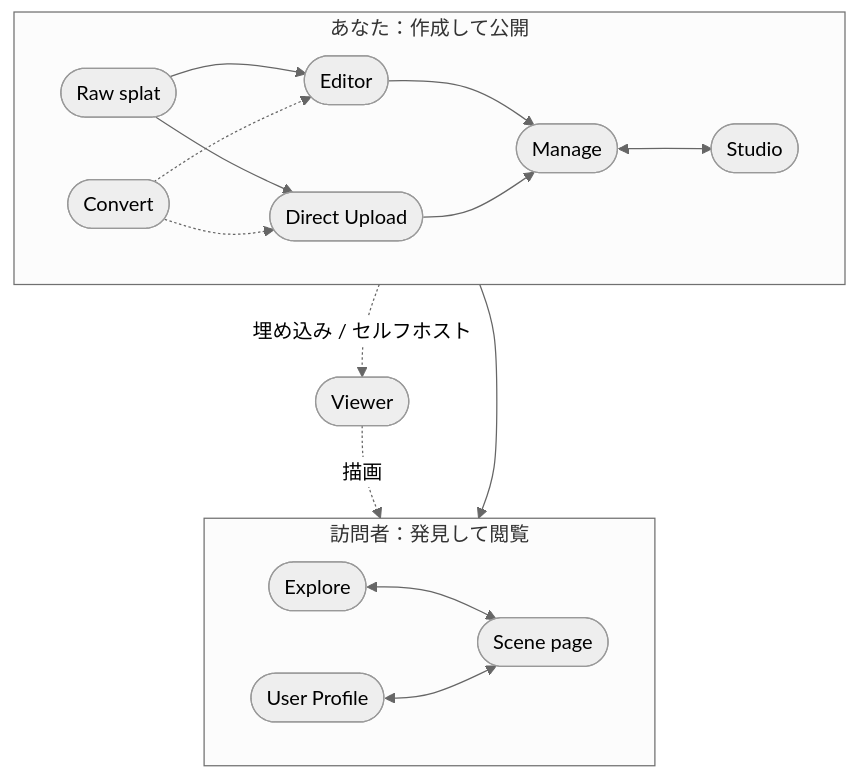
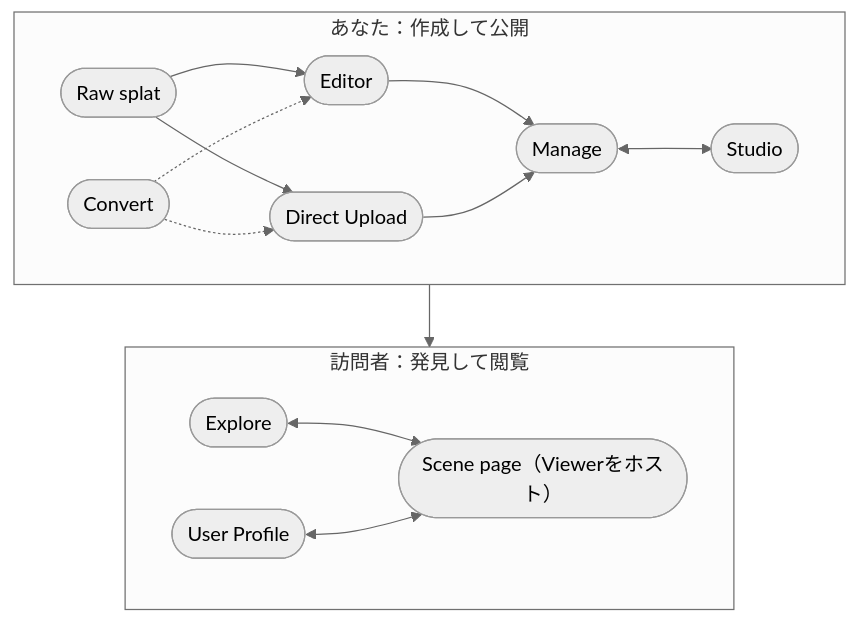
One commit to playcanvas/developer-site changed the diagram in i18n/ja/docusaurus-plugin-content-docs/current/user-manual/supersplat/index.md. Above: the diagram before and after it, drawn with Mermaid (neutral theme). The commit also changed 1 other file, not shown here.

Commit message:
Simplify: fold Viewer into the Scene page node
Replace the separate Viewer node and its powers/embed edges with a
"Scene page (hosts Viewer)" label. Embed/self-host remains covered in the
platform table and the Viewer pages. EN + JA.

````diff
--- a/i18n/ja/docusaurus-plugin-content-docs/current/user-manual/supersplat/index.md
+++ b/i18n/ja/docusaurus-plugin-content-docs/current/user-manual/supersplat/index.md
@@ -10,23 +10,21 @@
 ```mermaid
 flowchart TB
     subgraph you [あなた：作成して公開]
         direction LR
         raw([Raw splat]) --> editor([Editor])
         raw --> upload([Direct Upload])
         convert([Convert]) -.-> editor
         convert -.-> upload
         editor --> manage([Manage])
         upload --> manage
         manage <--> studio([Studio])
     end
 
-    manage --> scene([Scene page])
-    manage -.->|埋め込み / セルフホスト| viewer([Viewer])
-    viewer -.->|描画| scene
+    manage --> scene(["Scene page（Viewerをホスト）"])
 
     subgraph visitors [訪問者：発見して閲覧]
         direction LR
         explore([Explore]) <--> scene
         profile([User Profile]) <--> scene
     end
 ```
````
